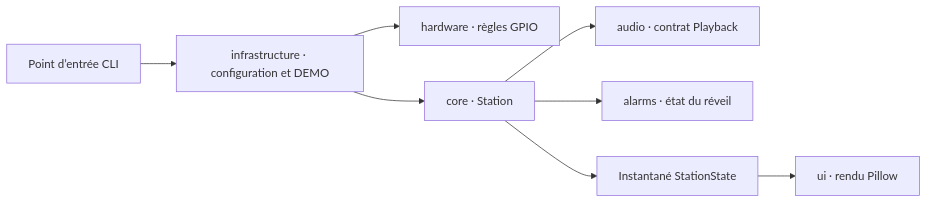
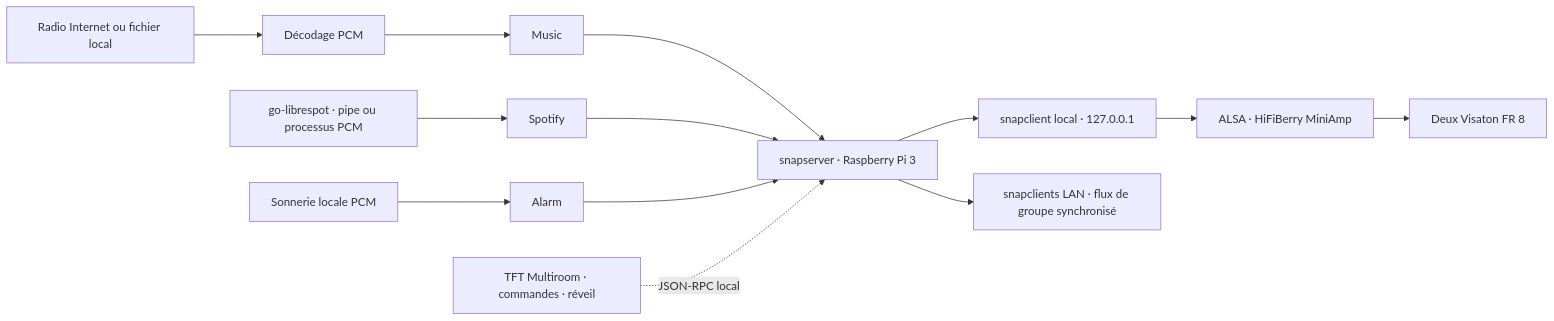
The diagram in ARCHITECTURE.md (mattmofr/audio-station), drawn with Mermaid before and after one commit. The commit also changed other lines of this file and 10 other files, not shown here.

Commit message:
Make Snapcast the required audio architecture

````diff
--- a/ARCHITECTURE.md
+++ b/ARCHITECTURE.md
@@ -14,10 +7,14 @@
 ```mermaid
 flowchart LR
-  entry["Point d’entrée CLI"] --> assembly["infrastructure · configuration et DEMO"]
-  assembly --> hardware["hardware · règles GPIO"]
-  assembly --> core["core · Station"]
-  core --> audio["audio · contrat Playback"]
-  core --> alarm["alarms · état du réveil"]
-  core --> state["Instantané StationState"]
-  state --> ui["ui · rendu Pillow"]
+  music["Radio Internet ou fichier local"] --> decoder["Décodage PCM"] --> musicStream["Music"]
+  spotify["go-librespot · pipe ou processus PCM"] --> spotifyStream["Spotify"]
+  alarm["Sonnerie locale PCM"] --> alarmStream["Alarm"]
+  musicStream --> server["snapserver · Raspberry Pi 3"]
+  spotifyStream --> server
+  alarmStream --> server
+  server --> local["snapclient local · 127.0.0.1"]
+  server --> peers["snapclients LAN · flux de groupe synchronisé"]
+  local --> amp["ALSA · HiFiBerry MiniAmp"]
+  amp --> speakers["Deux Visaton FR 8"]
+  ui["TFT Multiroom · commandes · réveil"] -. "JSON-RPC local" .-> server
 ```
````
